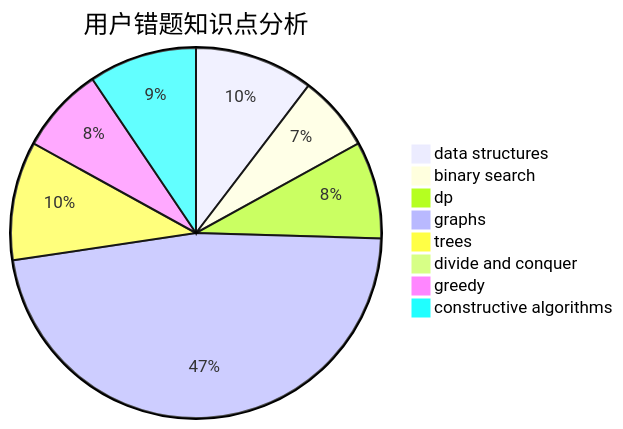
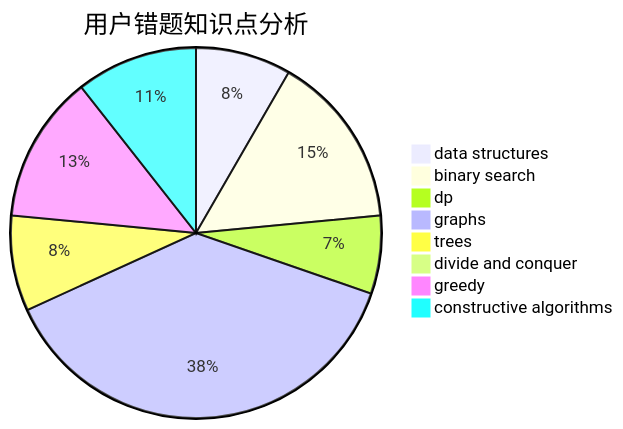
The third of 3 diagrams in docs/user/u642.md (sherpahu/cfrs.github.io), drawn with Mermaid before and after one commit. The commit also changed other lines of this file and 2770 other files, not shown here.

````diff
--- a/docs/user/u642.md
+++ b/docs/user/u642.md
@@ -36,11 +36,11 @@
 ```mermaid
 pie title 用户错题知识点分析
     "data structures" :  11
-    "binary search" :  7
+    "binary search" :  20
     "dp" :  9
     "graphs" :  50
     "trees" :  11
     "divide and conquer" :  0
-    "greedy" :  8
-    "constructive algorithms" :  10
+    "greedy" :  17
+    "constructive algorithms" :  14
 ```
````
